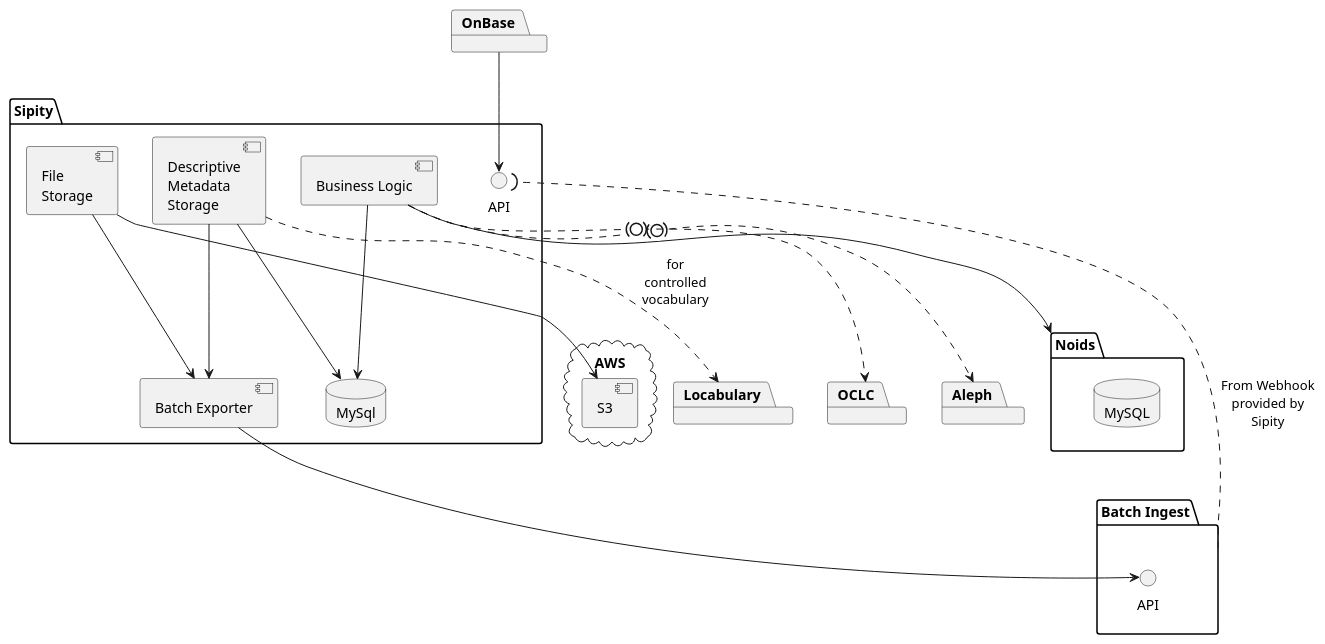
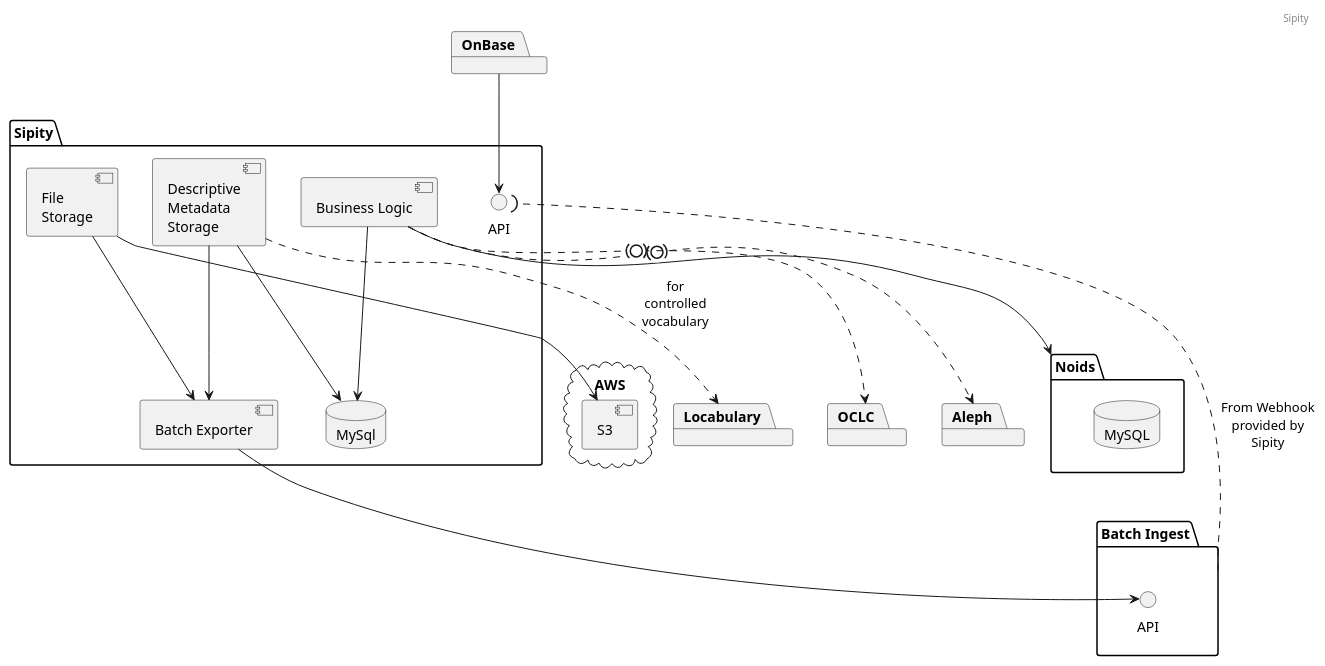
The diagram in plantuml/sipity.puml (ndlib/dam-ecosystem-mapping), drawn with PlantUML before and after one commit. The commit also changed 8 other files, not shown here.

Commit message:
Adding headers to diagrams

```diff
--- a/plantuml/sipity.puml
+++ b/plantuml/sipity.puml
@@ -10,45 +10,47 @@
 @startuml
+
+header Sipity
 
 package "Sipity" {
   component "File\nStorage" as SipityFS
   component "Descriptive\nMetadata\nStorage" as SipityDMS
   component "Batch Exporter" as SipityBE
   component "Business Logic" as SipityBL
   interface "API" as SipityAPI
   database "MySql"
 
 }
 
 package "Batch Ingest" as Batch {
   interface "API" as BatchAPI
 }
 
 package Noids {
   database MySQL as MySQLNoids
 }
 
 package OCLC
 package Aleph
 
 package OnBase
 
 package Locabulary
 SipityDMS ..> Locabulary : "for\ncontrolled\nvocabulary"
 
 cloud "AWS" {
   component S3
 }
 
 SipityFS --> S3
 SipityDMS --> MySql
 SipityBE --> BatchAPI
 SipityFS --> SipityBE
 SipityDMS --> SipityBE
 Batch ..( SipityAPI : "From Webhook\nprovided by\nSipity"
 SipityBL --> MySql
 SipityBL --> Noids
 OnBase --> SipityAPI
 SipityBL .(0).> Aleph
 SipityBL .(0).> OCLC
 
 @enduml
```
